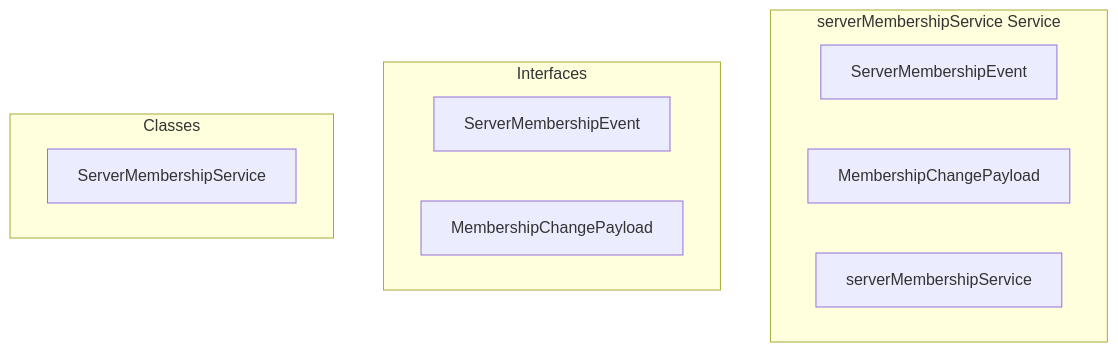
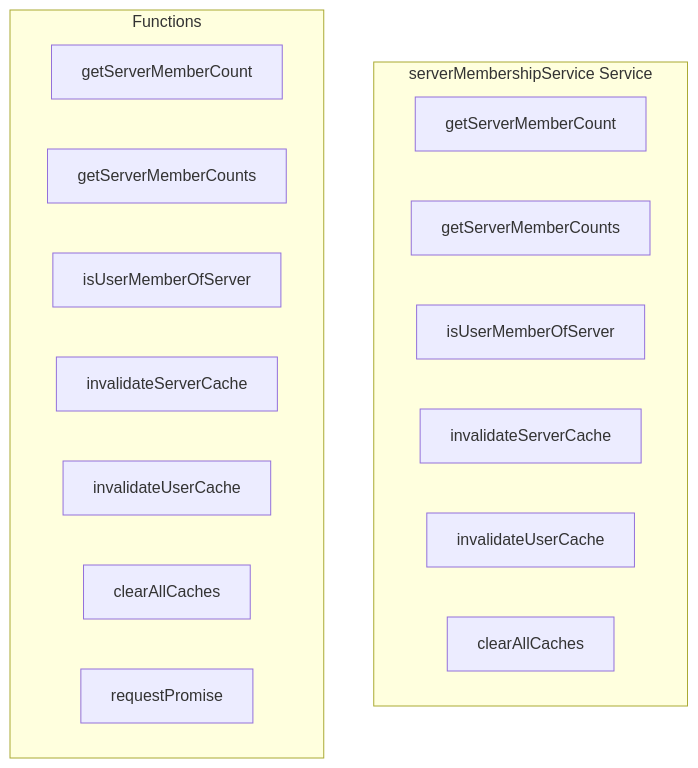
One commit to y4my4my4m/harmony changed the diagram in docs/api/services/servermembershipservice.md. Above: the diagram before and after it, drawn with Mermaid. The commit also changed other lines of this file and 211 other files, not shown here.

````diff
--- a/docs/api/services/servermembershipservice.md
+++ b/docs/api/services/servermembershipservice.md
@@ -7,18 +7,21 @@
 ```mermaid
 graph TB
     subgraph "serverMembershipService Service"
-        SERVERMEMBERSHIPEVENT[ServerMembershipEvent]
-        MEMBERSHIPCHANGEPAYLOAD[MembershipChangePayload]
-        SERVERMEMBERSHIPSERVICE[ServerMembershipService]
-        SERVERMEMBERSHIPSERVICE[serverMembershipService]
+        GETSERVERMEMBERCOUNT[getServerMemberCount]
+        GETSERVERMEMBERCOUNTS[getServerMemberCounts]
+        ISUSERMEMBEROFSERVER[isUserMemberOfServer]
+        INVALIDATESERVERCACHE[invalidateServerCache]
+        INVALIDATEUSERCACHE[invalidateUserCache]
+        CLEARALLCACHES[clearAllCaches]
     end
     
-    subgraph "Interfaces"
-        INT_SERVERMEMBERSHIPEVENT[ServerMembershipEvent]
-        INT_MEMBERSHIPCHANGEPAYLOAD[MembershipChangePayload]
-    end
-    
-    subgraph "Classes"
-        CLS_SERVERMEMBERSHIPSERVICE[ServerMembershipService]
+    subgraph "Functions"
+        FN_GETSERVERMEMBERCOUNT[getServerMemberCount]
+        FN_GETSERVERMEMBERCOUNTS[getServerMemberCounts]
+        FN_ISUSERMEMBEROFSERVER[isUserMemberOfServer]
+        FN_INVALIDATESERVERCACHE[invalidateServerCache]
+        FN_INVALIDATEUSERCACHE[invalidateUserCache]
+        FN_CLEARALLCACHES[clearAllCaches]
+        FN_REQUESTPROMISE[requestPromise]
     end
 ```
````
